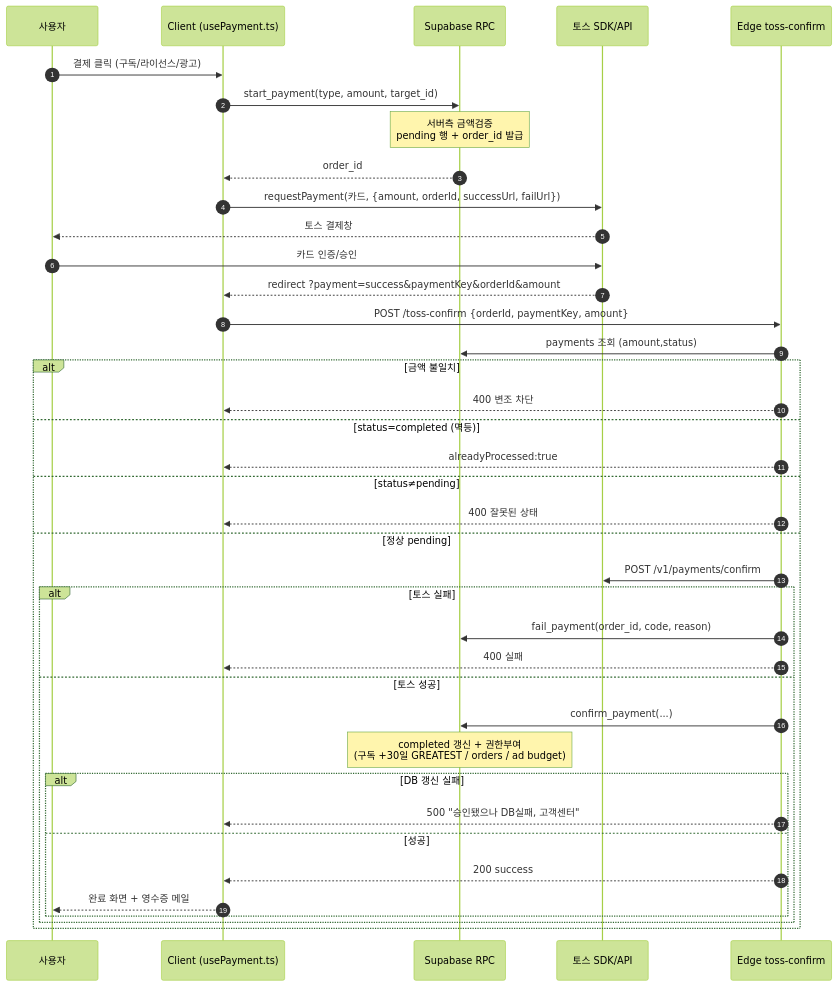
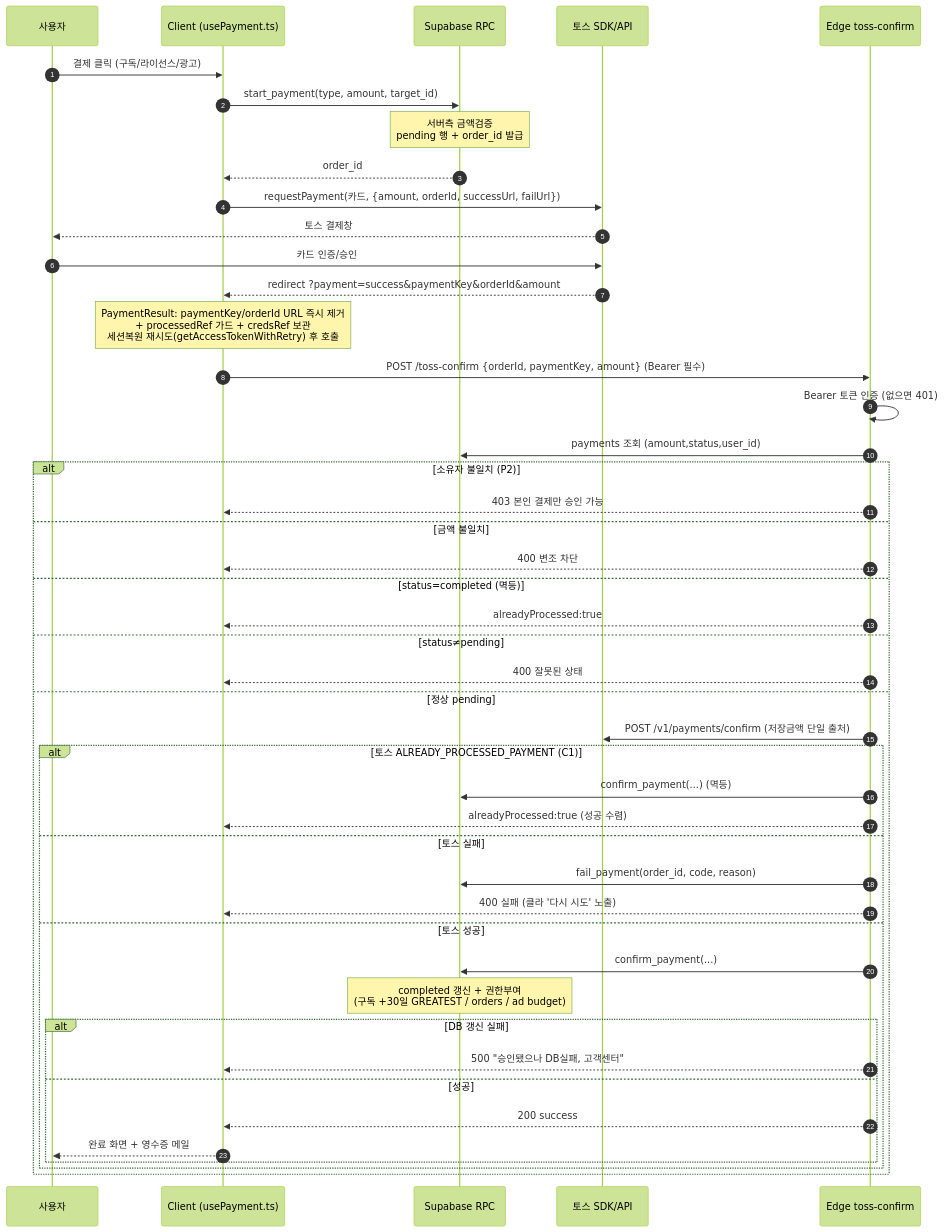
Before and after one commit to crebiz-commits/ai-v-market: the first of 5 diagrams in docs/prd/07-mypage-payment-billing.md, drawn with Mermaid (forest theme). The commit also changed other lines of this file and 10 other files, not shown here.

````diff
--- a/docs/prd/07-mypage-payment-billing.md
+++ b/docs/prd/07-mypage-payment-billing.md
@@ -406,41 +414,48 @@
 ```mermaid
 sequenceDiagram
     autonumber
     participant U as 사용자
     participant C as Client (usePayment.ts)
     participant DB as Supabase RPC
     participant T as 토스 SDK/API
     participant E as Edge toss-confirm
     U->>C: 결제 클릭 (구독/라이선스/광고)
     C->>DB: start_payment(type, amount, target_id)
     Note over DB: 서버측 금액검증<br/>pending 행 + order_id 발급
     DB-->>C: order_id
     C->>T: requestPayment(카드, {amount, orderId, successUrl, failUrl})
     T-->>U: 토스 결제창
     U->>T: 카드 인증/승인
     T-->>C: redirect ?payment=success&paymentKey&orderId&amount
-    C->>E: POST /toss-confirm {orderId, paymentKey, amount}
-    E->>DB: payments 조회 (amount,status)
-    alt 금액 불일치
+    Note over C: PaymentResult: paymentKey/orderId URL 즉시 제거<br/>+ processedRef 가드 + credsRef 보관<br/>세션복원 재시도(getAccessTokenWithRetry) 후 호출
+    C->>E: POST /toss-confirm {orderId, paymentKey, amount} (Bearer 필수)
+    E->>E: Bearer 토큰 인증 (없으면 401)
+    E->>DB: payments 조회 (amount,status,user_id)
+    alt 소유자 불일치 (P2)
+        E-->>C: 403 본인 결제만 승인 가능
+    else 금액 불일치
         E-->>C: 400 변조 차단
     else status=completed (멱등)
         E-->>C: alreadyProcessed:true
     else status≠pending
         E-->>C: 400 잘못된 상태
     else 정상 pending
-        E->>T: POST /v1/payments/confirm
-        alt 토스 실패
+        E->>T: POST /v1/payments/confirm (저장금액 단일 출처)
+        alt 토스 ALREADY_PROCESSED_PAYMENT (C1)
+            E->>DB: confirm_payment(...) (멱등)
+            E-->>C: alreadyProcessed:true (성공 수렴)
+        else 토스 실패
             E->>DB: fail_payment(order_id, code, reason)
-            E-->>C: 400 실패
+            E-->>C: 400 실패 (클라 '다시 시도' 노출)
         else 토스 성공
             E->>DB: confirm_payment(...)
             Note over DB: completed 갱신 + 권한부여<br/>(구독 +30일 GREATEST / orders / ad budget)
             alt DB 갱신 실패
                 E-->>C: 500 "승인됐으나 DB실패, 고객센터"
             else 성공
                 E-->>C: 200 success
                 C-->>U: 완료 화면 + 영수증 메일
             end
         end
     end
 ```
````
